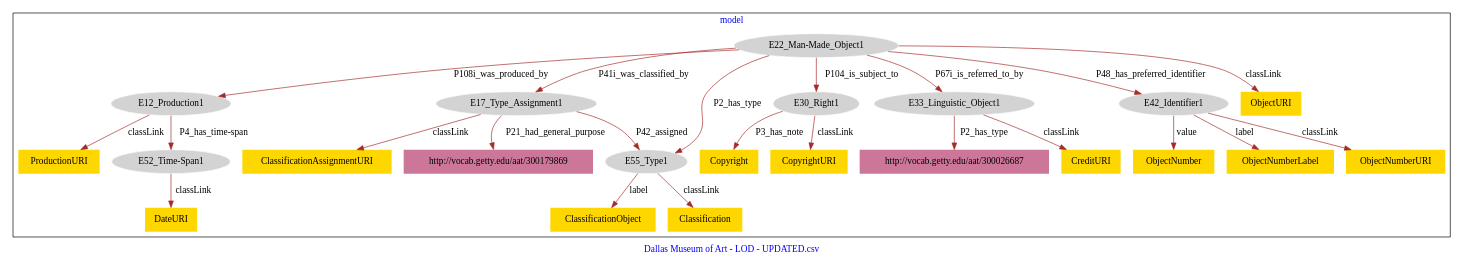
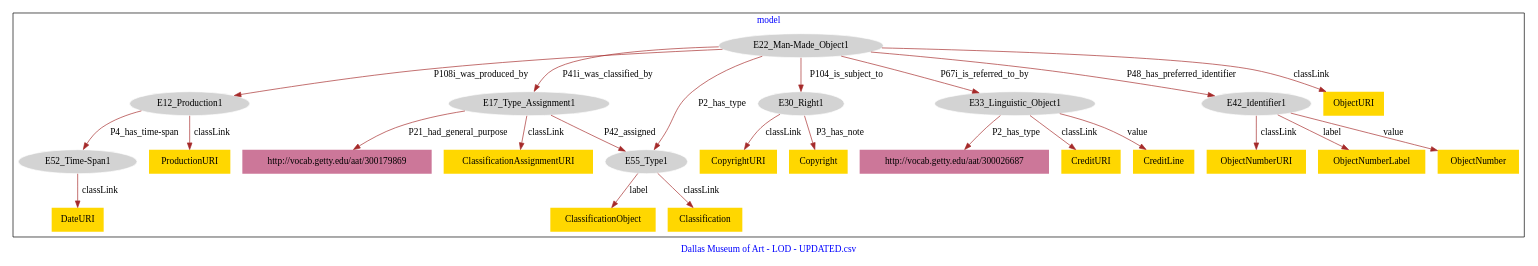
One commit to american-art/DMA changed the diagram in Data/DMA-model.dot. Above: the diagram before and after it, drawn with Graphviz.

Commit message:
Update file DMA-model.dot

```diff
--- a/Data/DMA-model.dot
+++ b/Data/DMA-model.dot
@@ -1,52 +1,54 @@
 digraph n0 {
 fontcolor="blue"
 remincross="true"
 label="Dallas Museum of Art - LOD - UPDATED.csv"
 subgraph cluster {
 label="model"
 n2[style="filled",color="white",fillcolor="lightgray",label="E12_Production1"];
 n3[style="filled",color="white",fillcolor="lightgray",label="E52_Time-Span1"];
 n4[style="filled",color="white",fillcolor="lightgray",label="E17_Type_Assignment1"];
 n5[style="filled",color="white",fillcolor="lightgray",label="E55_Type1"];
 n6[style="filled",color="white",fillcolor="lightgray",label="E22_Man-Made_Object1"];
 n7[style="filled",color="white",fillcolor="lightgray",label="E30_Right1"];
 n8[style="filled",color="white",fillcolor="lightgray",label="E33_Linguistic_Object1"];
 n9[style="filled",color="white",fillcolor="lightgray",label="E42_Identifier1"];
-n10[shape="plaintext",style="filled",fillcolor="gold",label="Classification"];
-n11[shape="plaintext",style="filled",fillcolor="gold",label="ObjectNumberURI"];
-n12[shape="plaintext",style="filled",fillcolor="gold",label="ProductionURI"];
+n10[shape="plaintext",style="filled",fillcolor="gold",label="ObjectNumberLabel"];
+n11[shape="plaintext",style="filled",fillcolor="gold",label="Classification"];
+n12[shape="plaintext",style="filled",fillcolor="gold",label="CreditURI"];
 n13[shape="plaintext",style="filled",fillcolor="gold",label="CopyrightURI"];
-n14[shape="plaintext",style="filled",fillcolor="gold",label="ClassificationAssignmentURI"];
-n15[shape="plaintext",style="filled",fillcolor="gold",label="CreditURI"];
-n16[shape="plaintext",style="filled",fillcolor="gold",label="ObjectNumber"];
-n17[shape="plaintext",style="filled",fillcolor="gold",label="ClassificationObject"];
-n18[shape="plaintext",style="filled",fillcolor="gold",label="ObjectURI"];
-n19[shape="plaintext",style="filled",fillcolor="gold",label="DateURI"];
-n20[shape="plaintext",style="filled",fillcolor="gold",label="Copyright"];
-n21[shape="plaintext",style="filled",fillcolor="gold",label="ObjectNumberLabel"];
-n22[shape="plaintext",style="filled",fillcolor="#CC7799",label="http://vocab.getty.edu/aat/300026687"];
-n23[shape="plaintext",style="filled",fillcolor="#CC7799",label="http://vocab.getty.edu/aat/300179869"];
+n14[shape="plaintext",style="filled",fillcolor="gold",label="ObjectNumber"];
+n15[shape="plaintext",style="filled",fillcolor="gold",label="Copyright"];
+n16[shape="plaintext",style="filled",fillcolor="gold",label="ObjectURI"];
+n17[shape="plaintext",style="filled",fillcolor="gold",label="CreditLine"];
+n18[shape="plaintext",style="filled",fillcolor="gold",label="ClassificationObject"];
+n19[shape="plaintext",style="filled",fillcolor="gold",label="ProductionURI"];
+n20[shape="plaintext",style="filled",fillcolor="gold",label="ObjectNumberURI"];
+n21[shape="plaintext",style="filled",fillcolor="gold",label="DateURI"];
+n22[shape="plaintext",style="filled",fillcolor="gold",label="ClassificationAssignmentURI"];
+n23[shape="plaintext",style="filled",fillcolor="#CC7799",label="http://vocab.getty.edu/aat/300026687"];
+n24[shape="plaintext",style="filled",fillcolor="#CC7799",label="http://vocab.getty.edu/aat/300179869"];
 }
 n2 -> n3[color="brown",fontcolor="black",label="P4_has_time-span"]
 n4 -> n5[color="brown",fontcolor="black",label="P42_assigned"]
 n6 -> n2[color="brown",fontcolor="black",label="P108i_was_produced_by"]
 n6 -> n4[color="brown",fontcolor="black",label="P41i_was_classified_by"]
 n6 -> n7[color="brown",fontcolor="black",label="P104_is_subject_to"]
 n6 -> n8[color="brown",fontcolor="black",label="P67i_is_referred_to_by"]
 n6 -> n9[color="brown",fontcolor="black",label="P48_has_preferred_identifier"]
-n5 -> n10[color="brown",fontcolor="black",label="classLink"]
-n9 -> n11[color="brown",fontcolor="black",label="classLink"]
-n2 -> n12[color="brown",fontcolor="black",label="classLink"]
+n9 -> n10[color="brown",fontcolor="black",label="label"]
+n5 -> n11[color="brown",fontcolor="black",label="classLink"]
+n8 -> n12[color="brown",fontcolor="black",label="classLink"]
 n7 -> n13[color="brown",fontcolor="black",label="classLink"]
-n4 -> n14[color="brown",fontcolor="black",label="classLink"]
-n8 -> n15[color="brown",fontcolor="black",label="classLink"]
-n9 -> n16[color="brown",fontcolor="black",label="value"]
-n5 -> n17[color="brown",fontcolor="black",label="label"]
-n6 -> n18[color="brown",fontcolor="black",label="classLink"]
-n3 -> n19[color="brown",fontcolor="black",label="classLink"]
-n7 -> n20[color="brown",fontcolor="black",label="P3_has_note"]
-n9 -> n21[color="brown",fontcolor="black",label="label"]
-n8 -> n22[color="brown",fontcolor="black",label="P2_has_type"]
-n4 -> n23[color="brown",fontcolor="black",label="P21_had_general_purpose"]
+n9 -> n14[color="brown",fontcolor="black",label="value"]
+n7 -> n15[color="brown",fontcolor="black",label="P3_has_note"]
+n6 -> n16[color="brown",fontcolor="black",label="classLink"]
+n8 -> n17[color="brown",fontcolor="black",label="value"]
+n5 -> n18[color="brown",fontcolor="black",label="label"]
+n2 -> n19[color="brown",fontcolor="black",label="classLink"]
+n9 -> n20[color="brown",fontcolor="black",label="classLink"]
+n3 -> n21[color="brown",fontcolor="black",label="classLink"]
+n4 -> n22[color="brown",fontcolor="black",label="classLink"]
+n8 -> n23[color="brown",fontcolor="black",label="P2_has_type"]
+n4 -> n24[color="brown",fontcolor="black",label="P21_had_general_purpose"]
 n6 -> n5[color="brown",fontcolor="black",label="P2_has_type"]
 }
```
